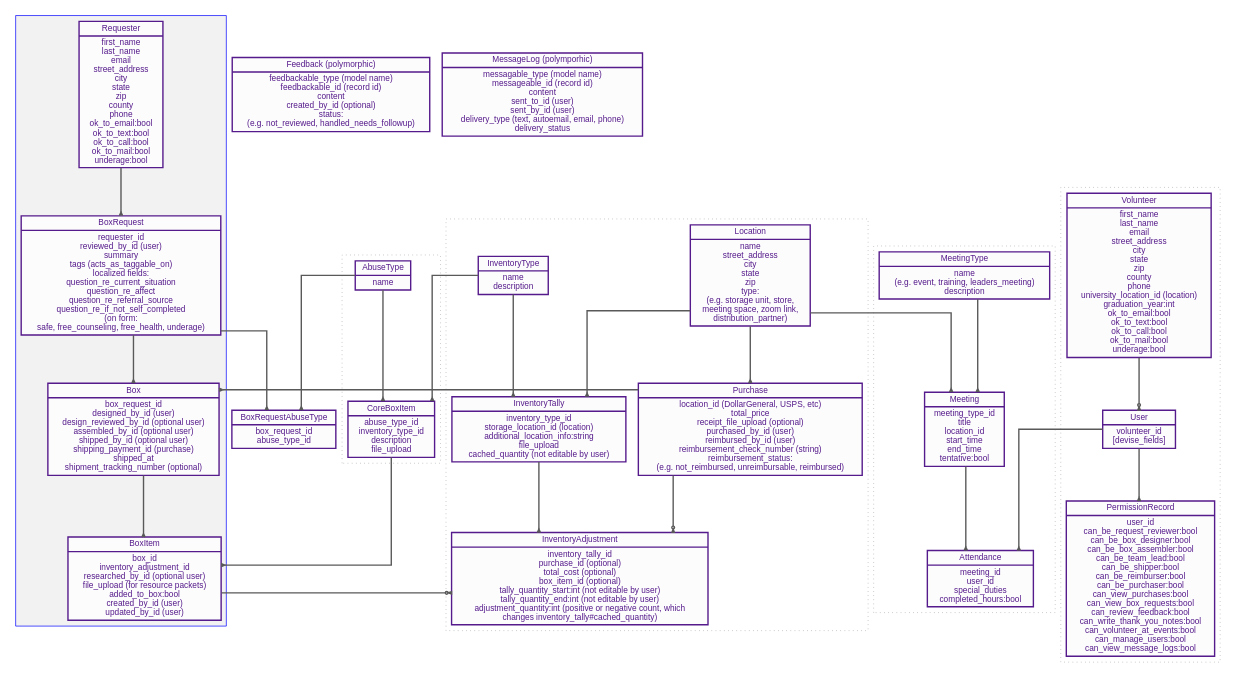
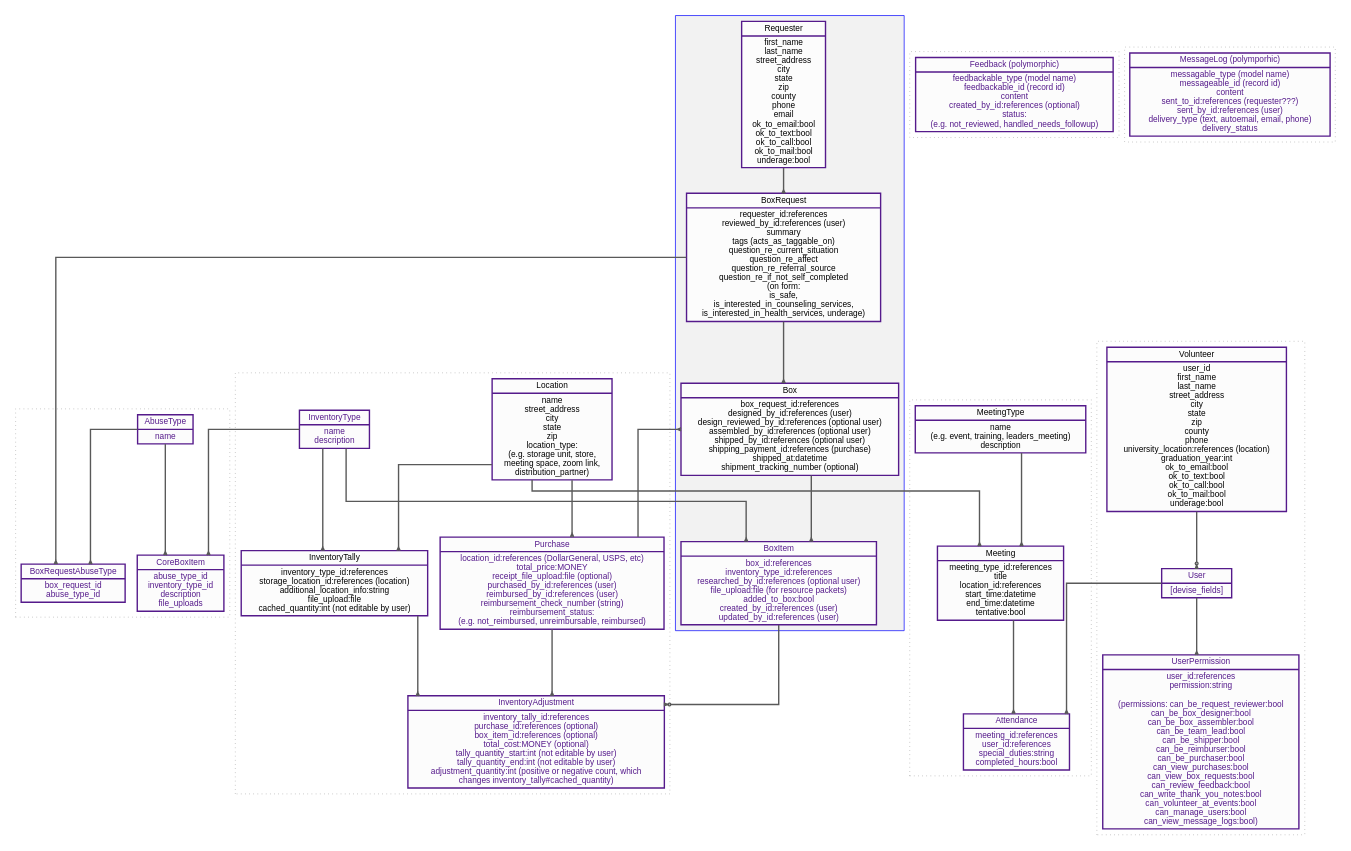
Before and after one commit to rubyforgood/voices-of-consent: the diagram in notes/database-diagram.dot, drawn with Graphviz. The commit also changed 1 other file, not shown here.

Commit message:
Add latest database-diagram files
- Update .dot w latest code to use on http://graphviz.it
- Update .png w latest

```diff
--- a/notes/database-diagram.dot
+++ b/notes/database-diagram.dot
@@ -9,22 +9,34 @@
 
 
 
-
     subgraph cluster_c3 {
         color="blue";
         Requester -> BoxRequest [arrowhead=crow];
         BoxRequest -> Box [arrowhead=crow];
         Box -> BoxItem [arrowhead=crow];
-
     }
 
-    subgraph cluster_c2 {
-        InventoryType -> InventoryTally [arrowhead=crow];
-        InventoryTally -> InventoryAdjustment [arrowhead=crow];
-        Purchase;
-        Location;
+
+    subgraph cluster_c0 {
+        AbuseType -> CoreBoxItem [arrowhead=crow];
+        AbuseType -> BoxRequestAbuseType [arrowhead=crow];
         style="dotted"
-        node [color=blue, style=filled, fontcolor=black]
+    }
+
+    subgraph cluster_c5 {
+        Volunteer -> User [arrowhead=invodot];
+        User -> UserPermission [arrowhead=crow];
+        style="dotted"
+    }
+
+    subgraph cluster_c7 {
+            Feedback
+            style="dotted"
+    }
+
+    subgraph cluster_c6 {
+            MessageLog
+            style="dotted"
     }
 
     subgraph cluster_c4 {
@@ -33,17 +45,14 @@
         style="dotted"
     }
 
-    subgraph cluster_c0 {
-        AbuseType -> CoreBoxItem [arrowhead=crow];
-        style="dotted"
-    }
-
-
-    subgraph cluster_c5 {
-        Volunteer -> User [arrowhead=invodot];
-        User -> PermissionRecord [arrowhead=crow];
-        style="dotted"
-    }
+    subgraph cluster_c2 {
+            InventoryType -> InventoryTally [arrowhead=crow];
+            InventoryTally -> InventoryAdjustment [arrowhead=crow];
+            Purchase;
+            Location;
+            style="dotted"
+            node [color=blue, style=filled, fontcolor=black]
+        }
 
 
     //   subgraph cluster_c7 {
@@ -54,13 +63,12 @@
 
     InventoryType -> CoreBoxItem [arrowhead=crow];
     BoxItem -> InventoryAdjustment [arrowhead=invodot];
-    CoreBoxItem -> BoxItem [arrowhead=crow];
-    Purchase -> InventoryAdjustment [arrowhead=invodot];
+    InventoryType -> BoxItem [arrowhead=crow];
+    Purchase -> InventoryAdjustment [arrowhead=crow];
     Purchase -> Box [arrowhead=crow];
     Location -> InventoryTally [arrowhead=crow];
     Location -> Meeting [arrowhead=crow];
     Location -> Purchase [arrowhead=crow];
-    AbuseType -> BoxRequestAbuseType [arrowhead=crow];
     BoxRequest -> BoxRequestAbuseType [arrowhead=crow];
 
     // User -> Person;
@@ -75,50 +83,32 @@
 
 
     //  ******RELATIONS*******
-    Feedback [
-                shape=record;
-                label="{Feedback (polymorphic)|
-                    feedbackable_type (model name)\n
-                    feedbackable_id (record id)\n
-                    content\n
-                    created_by_id (optional)\n
-                    status:\n(e.g. not_reviewed, handled_needs_followup)\n
-                    }"]
-    MessageLog [
-                shape=record;
-                label="{MessageLog (polymporhic)|
-                    messagable_type (model name)\n
-                    messageable_id (record id)\n
-                    content\n
-                    sent_to_id (user)\n
-                    sent_by_id (user)\n
-                    delivery_type (text, autoemail, email, phone)\n
-                    delivery_status\n
-                    }"]
 
     Location [
                 shape=record;
+                fontcolor="black";
                 label="{Location|
                     name\n
                     street_address\n
                     city\n
                     state\n
                     zip\n
-                    type:\n(e.g. storage unit, store,\nmeeting space, zoom link,\ndistribution_partner)\n
+                    location_type:\n(e.g. storage unit, store,\nmeeting space, zoom link,\ndistribution_partner)\n
                     }"]
     Requester [
                 shape=record;
+                fontcolor="black";
                 label="{
                     Requester|
                     first_name\n
                     last_name\n
-                    email\n
                     street_address\n
                     city\n
                     state\n
                     zip\n
                     county\n
                     phone\n
+                    email\n
                     ok_to_email:bool\n
                     ok_to_text:bool\n
                     ok_to_call:bool\n
@@ -127,18 +117,19 @@
                     }"]
     Volunteer [
                 shape=record;
+                fontcolor="black";
                 label="{
                     Volunteer|
+                    user_id\n
                     first_name\n
                     last_name\n
-                    email\n
                     street_address\n
                     city\n
                     state\n
                     zip\n
                     county\n
                     phone\n
-                    university_location_id (location)\n
+                    university_location:references (location)\n
                     graduation_year:int\n
                     ok_to_email:bool\n
                     ok_to_text:bool\n
@@ -166,32 +157,34 @@
                     abuse_type_id\n
                     inventory_type_id\n
                     description\n
-                    file_upload\n
+                    file_uploads\n
                     }"]
     BoxRequest [
                 shape=record;
+                fontcolor="black";
                 label="{BoxRequest|
-                    requester_id\n
-                    reviewed_by_id (user)\n
+                    requester_id:references\n
+                    reviewed_by_id:references (user)\n
                     summary\n
                     tags (acts_as_taggable_on)\n
-                    localized fields:\n
                     question_re_current_situation\n
                     question_re_affect\n
                     question_re_referral_source\n
                     question_re_if_not_self_completed\n
-                    (on form:\nsafe, free_counseling, free_health, underage)
+                    (on form:\nis_safe,\nis_interested_in_counseling_services,\n
+                    is_interested_in_health_services, underage)
                     }"]
     Purchase [
                 shape=record;
                 label="{Purchase|
-                    location_id (DollarGeneral, USPS, etc)\n
-                    total_price\n
-                    receipt_file_upload (optional)\n
-                    purchased_by_id (user)\n
-                    reimbursed_by_id (user)\n
+                    location_id:references (DollarGeneral, USPS, etc)\n
+                    total_price:MONEY\n
+                    receipt_file_upload:file (optional)\n
+                    purchased_by_id:references (user)\n
+                    reimbursed_by_id:references (user)\n
                     reimbursement_check_number (string)\n
-                    reimbursement_status: \n(e.g. not_reimbursed, unreimbursable, reimbursed)\n
+                    reimbursement_status: \n(e.g. not_reimbursed,
+                    unreimbursable, reimbursed)\n
                     }"]
     InventoryType [
                 shape=record;
@@ -201,20 +194,21 @@
                     }"]
     InventoryTally [
                 shape=record;
+                fontcolor="black";
                 label="{InventoryTally|
-                    inventory_type_id\n
-                    storage_location_id (location)\n
+                    inventory_type_id:references\n
+                    storage_location_id:references (location)\n
                     additional_location_info:string\n
-                    file_upload\n
-                    cached_quantity (not editable by user)\n
+                    file_upload:file\n
+                    cached_quantity:int (not editable by user)\n
                     }"]
     InventoryAdjustment [
                 shape=record;
                 label="{InventoryAdjustment|
-                    inventory_tally_id\n
-                    purchase_id (optional)\n
-                    total_cost (optional)\n
-                    box_item_id (optional)\n
+                    inventory_tally_id:references\n
+                    purchase_id:references (optional)\n
+                    box_item_id:references (optional)\n
+                    total_cost:MONEY (optional)\n
                     tally_quantity_start:int (not editable by user)\n
                     tally_quantity_end:int (not editable by user)\n
                     adjustment_quantity:int (positive or negative count, which \nchanges inventory_tally#cached_quantity)\n
@@ -223,61 +217,65 @@
     User [
                 shape=record;
                 label="{User|
-                    volunteer_id\n
                     [devise_fields]
                     }"]
     Box [
                 shape=record;
+                fontcolor="black";
                 label="{Box|
-                    box_request_id\n
-                    designed_by_id (user)\n
-                    design_reviewed_by_id (optional user)\n
-                    assembled_by_id (optional user)\n
-                    shipped_by_id (optional user)\n
-                    shipping_payment_id (purchase)\n
-                    shipped_at\n
+                    box_request_id:references\n
+                    designed_by_id:references (user)\n
+                    design_reviewed_by_id:references (optional user)\n
+                    assembled_by_id:references (optional user)\n
+                    shipped_by_id:references (optional user)\n
+                    shipping_payment_id:references (purchase)\n
+                    shipped_at:datetime\n
                     shipment_tracking_number (optional)\n
                     }"]
     BoxItem [
                 shape=record;
                 label="{BoxItem|
-                    box_id\n
-                    inventory_adjustment_id\n
-                    researched_by_id (optional user)\n
-                    file_upload (for resource packets)\n
+                    box_id:references\n
+                    inventory_type_id:references\n
+                    researched_by_id:references (optional user)\n
+                    file_upload:file (for resource packets)\n
                     added_to_box:bool\n
-                    created_by_id (user)\n
-                    updated_by_id (user)\n
+                    created_by_id:references (user)\n
+                    updated_by_id:references (user)\n
                     }"]
     MeetingType [
                 shape=record;
+                fontcolor="black";
                 label="{MeetingType|
                     name\n(e.g. event, training, leaders_meeting)\n
                     description\n
                     }"]
     Meeting [
                 shape=record;
+                fontcolor="black";
                 label="{Meeting|
-                    meeting_type_id\n
+                    meeting_type_id:references\n
                     title\n
-                    location_id\n
-                    start_time\n
-                    end_time\n
+                    location_id:references\n
+                    start_time:datetime\n
+                    end_time:datetime\n
                     tentative:bool\n
                     }"]
     Attendance [
                 shape=record;
                 label="{Attendance|
-                    meeting_id\n
-                    user_id\n
-                    special_duties\n
+                    meeting_id:references\n
+                    user_id:references\n
+                    special_duties:string\n
                     completed_hours:bool\n
                     }"]
 
-    PermissionRecord [
+    UserPermission [
                 shape=record;
-                label="{PermissionRecord|
-                    user_id\n
+                label="{UserPermission|
+                    user_id:references\n
+                    permission:string\n\n
+                    (permissions:
                     can_be_request_reviewer:bool\n
                     can_be_box_designer:bool\n
                     can_be_box_assembler:bool\n
@@ -291,7 +289,29 @@
                     can_write_thank_you_notes:bool\n
                     can_volunteer_at_events:bool\n
                     can_manage_users:bool\n
-                    can_view_message_logs:bool\n
+                    can_view_message_logs:bool)\n
                     }"]
 
+                     Feedback [
+                shape=record;
+                label="{Feedback (polymorphic)|
+                    feedbackable_type (model name)\n
+                    feedbackable_id (record id)\n
+                    content\n
+                    created_by_id:references (optional)\n
+                    status:\n(e.g. not_reviewed, handled_needs_followup)\n
+                    }"]
+    MessageLog [
+                shape=record;
+                label="{MessageLog (polymporhic)|
+                    messagable_type (model name)\n
+                    messageable_id (record id)\n
+                    content\n
+                    sent_to_id:references (requester???)\n
+                    sent_by_id:references (user)\n
+                    delivery_type (text, autoemail, email, phone)\n
+                    delivery_status\n
+                    }"]
+
+
 }
```
